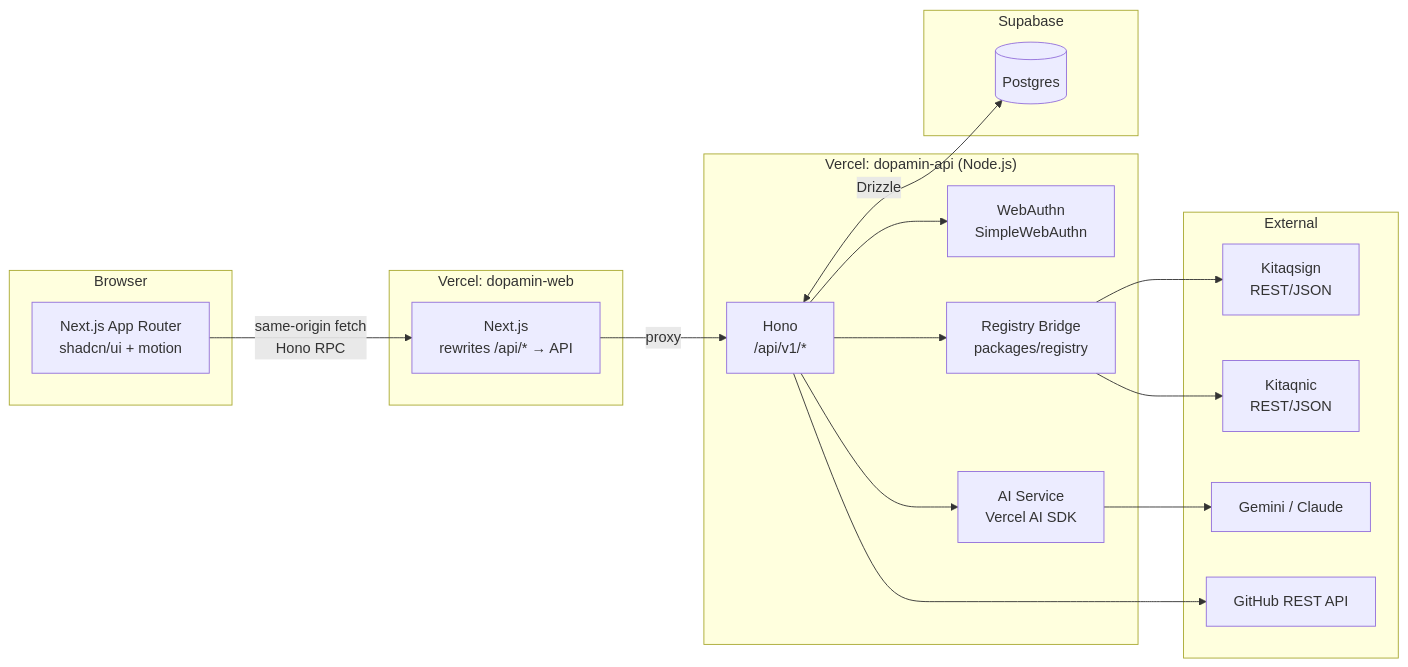
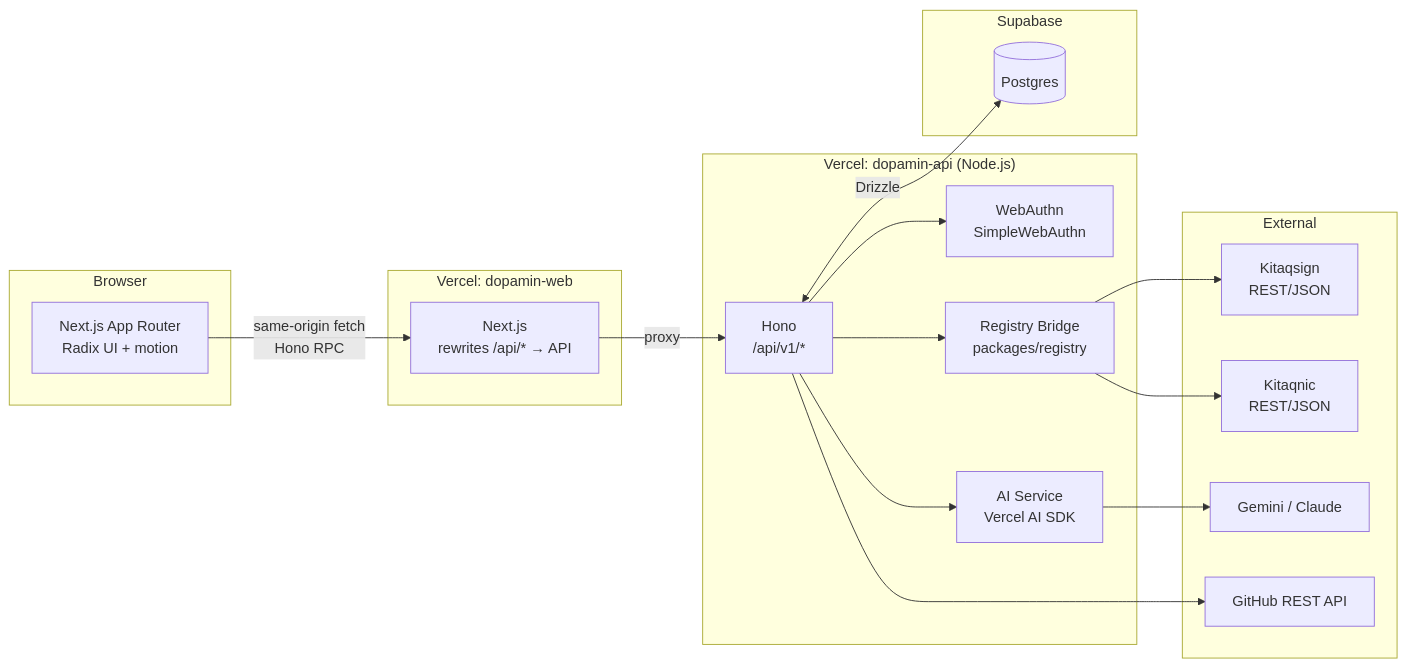
Before and after one commit to GMO-26-teamb/dopamin-com: the first of 2 diagrams in docs/requirements.md, drawn with Mermaid. The commit also changed other lines of this file and 27 other files, not shown here.

````diff
--- a/docs/requirements.md
+++ b/docs/requirements.md
@@ -425,36 +427,36 @@
 ```mermaid
 flowchart LR
   subgraph Browser
-    UI[Next.js App Router<br/>shadcn/ui + motion]
+    UI[Next.js App Router<br/>Radix UI + motion]
   end
 
   subgraph Vercel_Web["Vercel: dopamin-web"]
     NEXT[Next.js<br/>rewrites /api/* → API]
   end
 
   subgraph Vercel_API["Vercel: dopamin-api (Node.js)"]
     HONO[Hono<br/>/api/v1/*]
     AUTH[WebAuthn<br/>SimpleWebAuthn]
     AI[AI Service<br/>Vercel AI SDK]
     BRIDGE[Registry Bridge<br/>packages/registry]
   end
 
   subgraph Supabase
     PG[(Postgres)]
   end
 
   subgraph External
     KS[Kitaqsign<br/>REST/JSON]
     KN[Kitaqnic<br/>REST/JSON]
     LLM[Gemini / Claude]
     GH[GitHub REST API]
   end
 
   UI -->|same-origin fetch<br/>Hono RPC| NEXT -->|proxy| HONO
   HONO --> AUTH
   HONO --> AI --> LLM
   HONO --> BRIDGE --> KS
   BRIDGE --> KN
   HONO --> GH
   HONO <-->|Drizzle| PG
 ```
````
